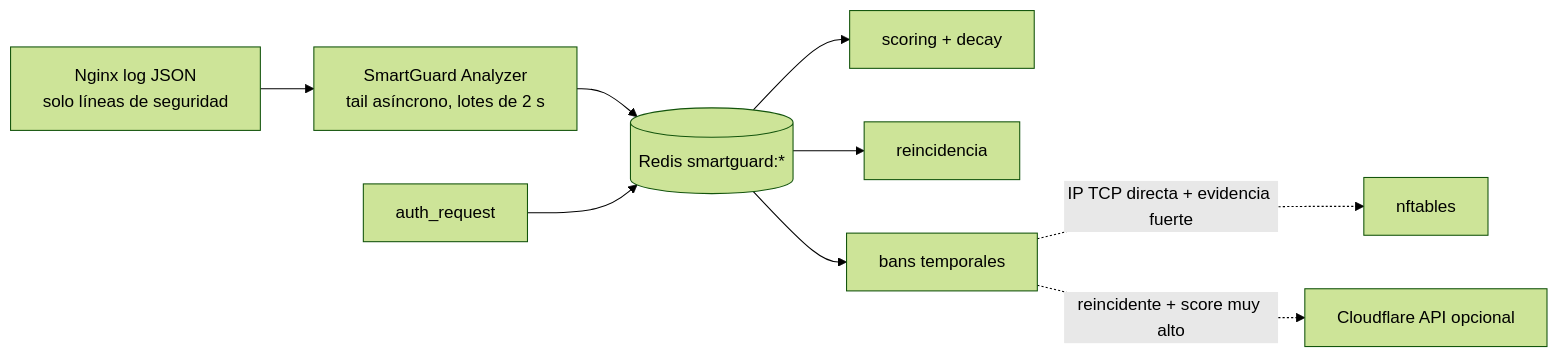
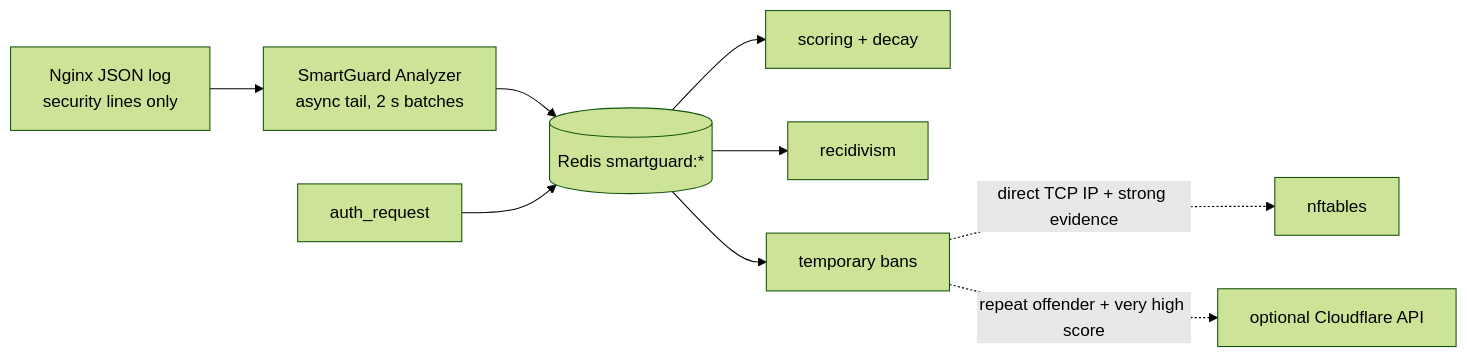
Before and after one commit to piero2011/smartguard: the second of 2 diagrams in README.md, drawn with Mermaid (forest theme). The commit also changed other lines of this file and 20 other files, not shown here.

````diff
--- a/README.md
+++ b/README.md
@@ -31,11 +35,11 @@
 ```mermaid
 flowchart LR
-    L[Nginx log JSON<br/>solo líneas de seguridad] --> A[SmartGuard Analyzer<br/>tail asíncrono, lotes de 2 s]
+    L[Nginx JSON log<br/>security lines only] --> A[SmartGuard Analyzer<br/>async tail, 2 s batches]
     A --> R[(Redis smartguard:*)]
     AUTH2[auth_request] --> R
     R --> S[scoring + decay]
-    R --> RC[reincidencia]
-    R --> BAN[bans temporales]
-    BAN -. IP TCP directa + evidencia fuerte .-> NFT2[nftables]
-    BAN -. reincidente + score muy alto .-> CFAPI[Cloudflare API opcional]
+    R --> RC[recidivism]
+    R --> BAN[temporary bans]
+    BAN -. direct TCP IP + strong evidence .-> NFT2[nftables]
+    BAN -. repeat offender + very high score .-> CFAPI[optional Cloudflare API]
 ```
````
